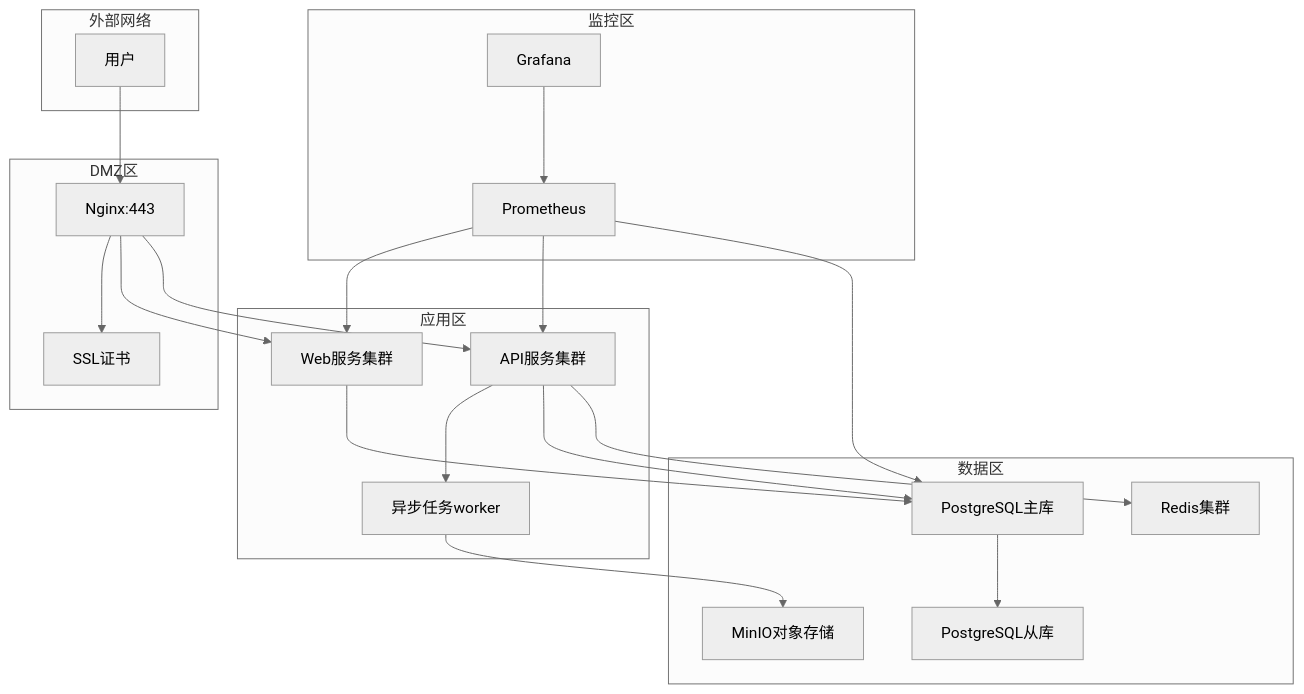
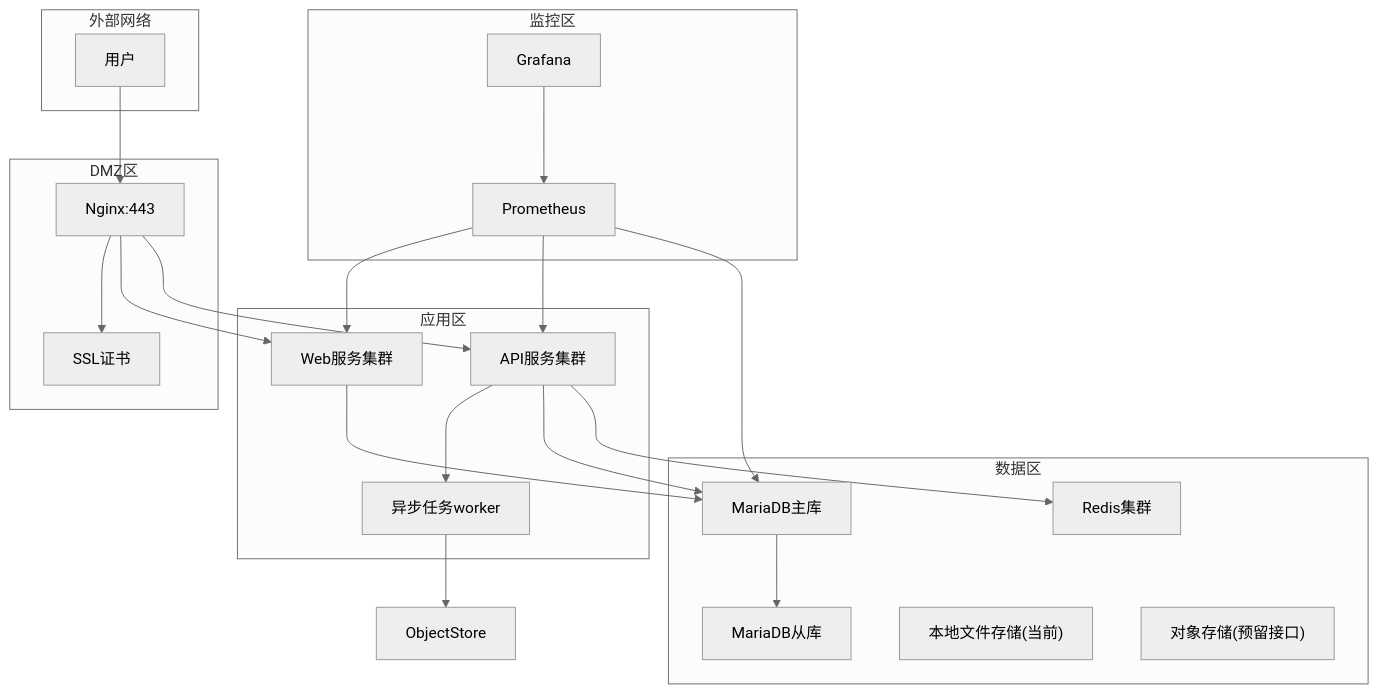
Before and after one commit to dayutech/Vuln-Audit-Lifecycle-Management: the third of 5 diagrams in docs/design/architecture.md, drawn with Mermaid (neutral theme). The commit also changed other lines of this file and 46 other files, not shown here.

````diff
--- a/docs/design/architecture.md
+++ b/docs/design/architecture.md
@@ -124,46 +120,47 @@
 ```mermaid
 graph TB
     subgraph External["外部网络"]
         Users["用户"]
     end
 
     subgraph DMZ["DMZ区"]
         Nginx["Nginx:443"]
         Cert["SSL证书"]
     end
 
     subgraph App_Zone["应用区"]
         Web["Web服务集群"]
         API["API服务集群"]
         Worker["异步任务worker"]
     end
 
     subgraph Data_Zone["数据区"]
-        MasterDB["PostgreSQL主库"]
-        SlaveDB["PostgreSQL从库"]
+        MasterDB["MariaDB主库"]
+        SlaveDB["MariaDB从库"]
         Cache["Redis集群"]
-        ObjectStore["MinIO对象存储"]
+        LocalStorage["本地文件存储(当前)"]
+        ObjectStorage["对象存储(预留接口)"]
     end
 
     subgraph Monitor["监控区"]
         Prometheus["Prometheus"]
         Grafana["Grafana"]
     end
 
     Users --> Nginx
     Nginx --> Cert
     Nginx --> Web
     Nginx --> API
     API --> Worker
     
     Web --> MasterDB
     API --> MasterDB
     MasterDB --> SlaveDB
     API --> Cache
     Worker --> ObjectStore
     
     Prometheus --> Web
     Prometheus --> API
     Prometheus --> MasterDB
     Grafana --> Prometheus
 ```
````
